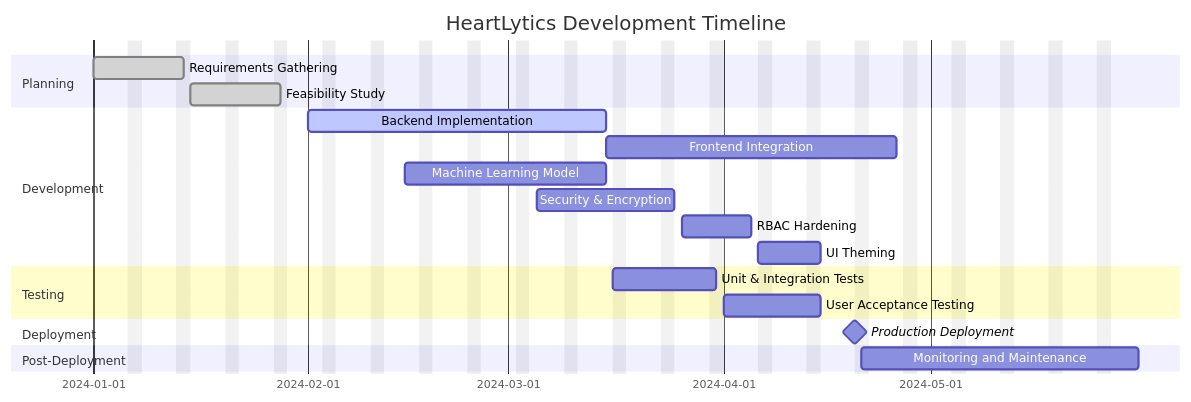
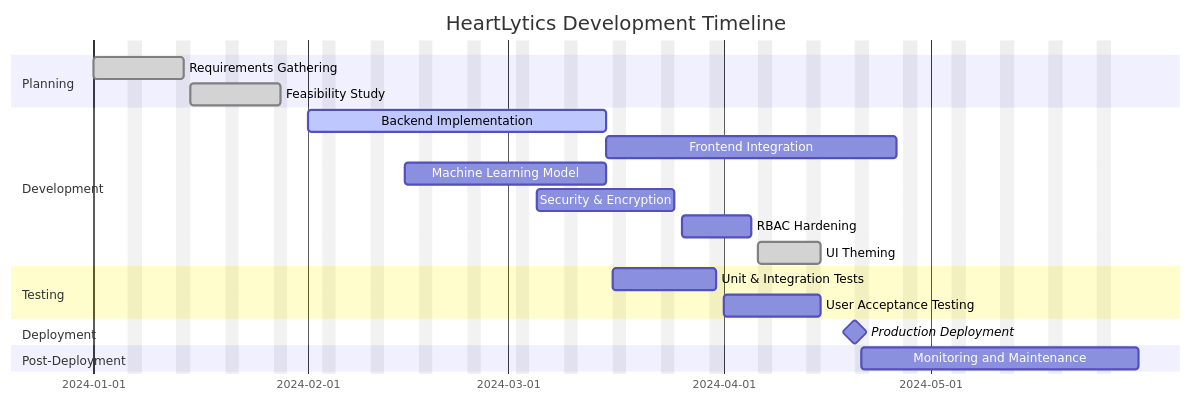
Before and after one commit to rasikasrimal/Heartlytics: the diagram in gantt_chart.md, drawn with Mermaid. The commit also changed other lines of this file and 13 other files, not shown here.

````diff
--- a/gantt_chart.md
+++ b/gantt_chart.md
@@ -5,28 +5,28 @@
 ```mermaid
 gantt
     dateFormat  YYYY-MM-DD
     title HeartLytics Development Timeline
     excludes weekends
 
     section Planning
     Requirements Gathering          :done,    req, 2024-01-01,2024-01-14
     Feasibility Study               :done,    feas, 2024-01-15,2024-01-28
 
     section Development
     Backend Implementation          :active,  back, 2024-02-01,2024-03-15
     Frontend Integration            :         front, after back, 30d
     Machine Learning Model          :         ml,   2024-02-15,2024-03-15
     Security & Encryption           :         sec,  2024-03-05,2024-03-25
     RBAC Hardening                  :         rbac, 2024-03-26,2024-04-05
-    UI Theming                     :         theme, 2024-04-06,2024-04-15
+    UI Theming                     :done,   theme, 2024-04-06,2024-04-15
 
     section Testing
     Unit & Integration Tests        :         test, 2024-03-16,2024-03-31
     User Acceptance Testing         :         uat,  2024-04-01,2024-04-15
 
     section Deployment
     Production Deployment           :milestone, deploy, 2024-04-20, 0d
 
     section Post-Deployment
     Monitoring and Maintenance      :         post, 2024-04-21,2024-05-31
 ```
````
